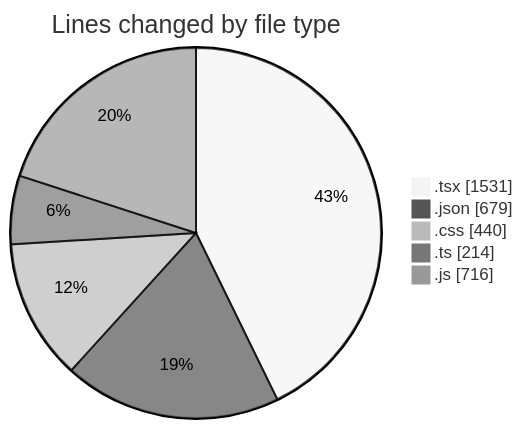
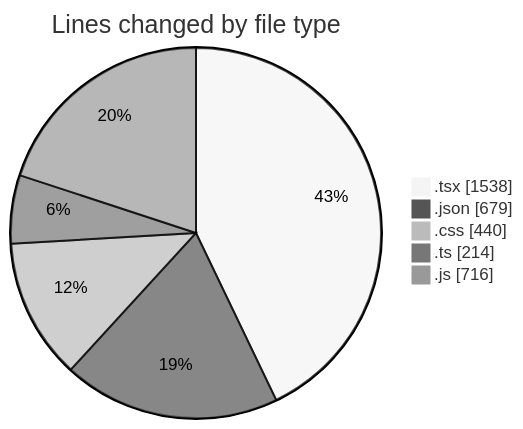
The first of 2 diagrams in 2025-05-04/niten/README.md (Elitesun/code-tracking), drawn with Mermaid (neutral theme) before and after one commit. The commit also changed other lines of this file and 1 other file, not shown here.

````diff
--- a/2025-05-04/niten/README.md
+++ b/2025-05-04/niten/README.md
@@ -50,9 +51,9 @@
 ```mermaid
 pie showData
 title Lines changed by file type
-".tsx" : 1531
+".tsx" : 1538
 ".json" : 679
 ".css" : 440
 ".ts" : 214
 ".js" : 716
 ```
````
